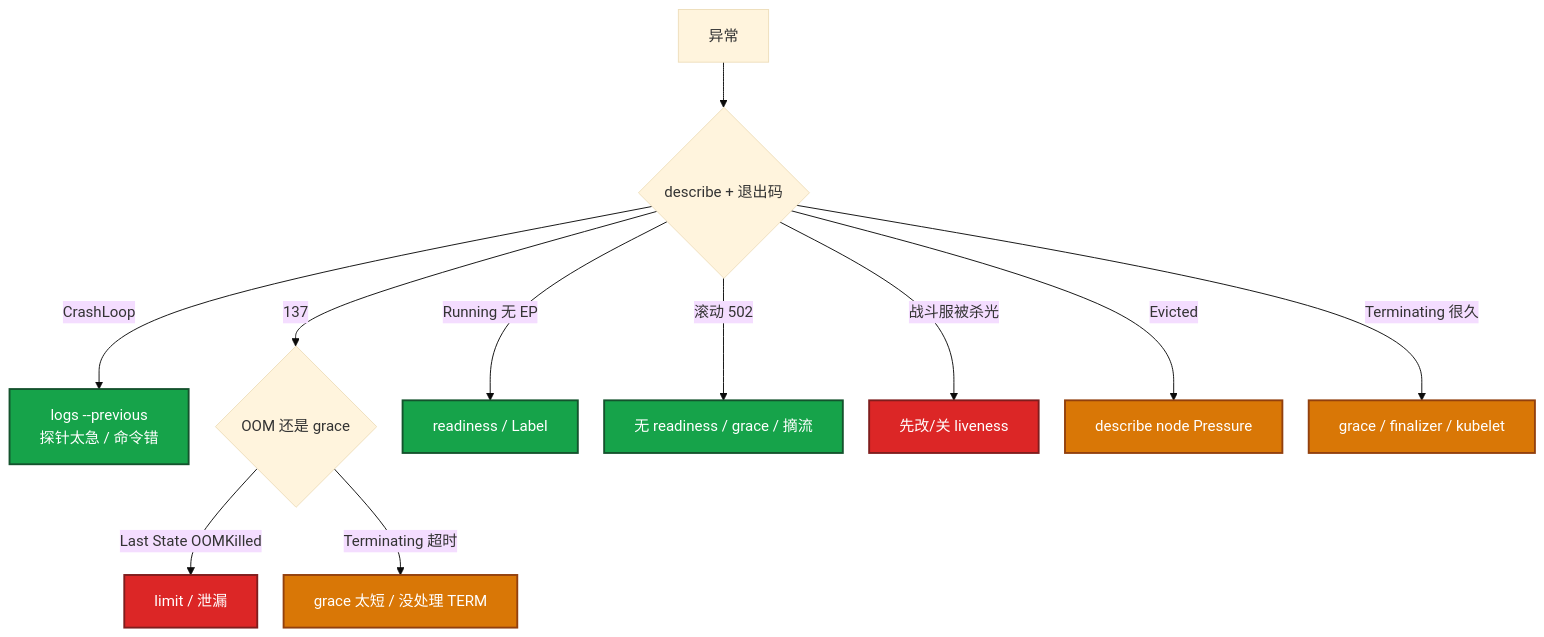
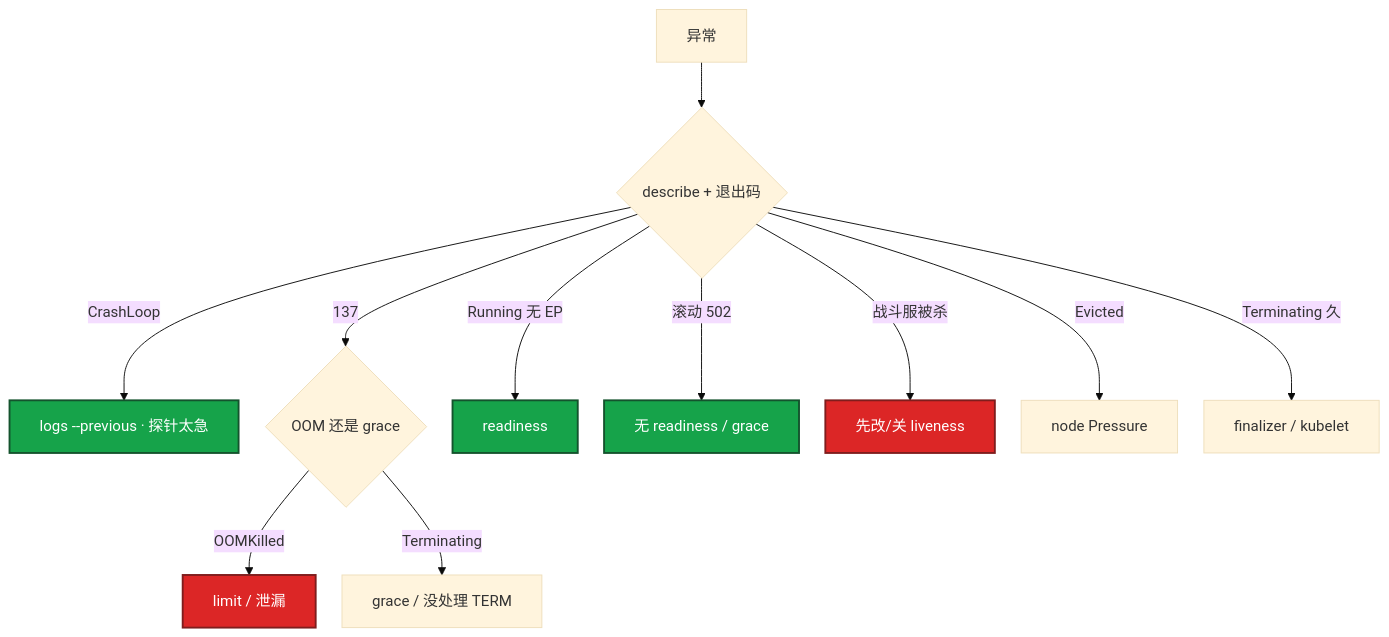
One commit to ml-cuizijun/LearnToLilith changed the fifth of 5 diagrams in 04-Kubernetes/04-Pod生命周期/知识点.md. Above: the diagram before and after it, drawn with Mermaid. The commit also changed other lines of this file and 107 other files, not shown here.

````diff
--- a/04-Kubernetes/04-Pod生命周期/知识点.md
+++ b/04-Kubernetes/04-Pod生命周期/知识点.md
@@ -451,21 +534,19 @@
 ```mermaid
 %%{init: {"flowchart": {"padding": 16, "nodeSpacing": 28, "rankSpacing": 48}, "theme": "base"}}%%
 flowchart TB
     A[异常] --> B{describe + 退出码}
-    B -->|CrashLoop| C[logs --previous<br/>探针太急 / 命令错]
+    B -->|CrashLoop| C[logs --previous · 探针太急]
     B -->|137| D{OOM 还是 grace}
-    D -->|Last State OOMKilled| E[limit / 泄漏]
-    D -->|Terminating 超时| F[grace 太短 / 没处理 TERM]
-    B -->|Running 无 EP| G[readiness / Label]
-    B -->|滚动 502| H[无 readiness / grace / 摘流]
-    B -->|战斗服被杀光| I[先改/关 liveness]
-    B -->|Evicted| J[describe node Pressure]
-    B -->|Terminating 很久| K[grace / finalizer / kubelet]
+    D -->|OOMKilled| E[limit / 泄漏]
+    D -->|Terminating| F[grace / 没处理 TERM]
+    B -->|Running 无 EP| G[readiness]
+    B -->|滚动 502| H[无 readiness / grace]
+    B -->|战斗服被杀| I[先改/关 liveness]
+    B -->|Evicted| J[node Pressure]
+    B -->|Terminating 久| K[finalizer / kubelet]
 
     classDef bad fill:#DC2626,stroke:#7F1D1D,stroke-width:2px,color:#fff
     classDef ok fill:#16A34A,stroke:#14532D,stroke-width:2px,color:#fff
-    classDef warn fill:#D97706,stroke:#92400E,stroke-width:2px,color:#fff
     class I,E bad
     class C,G,H ok
-    class J,K,F warn
 ```
````
